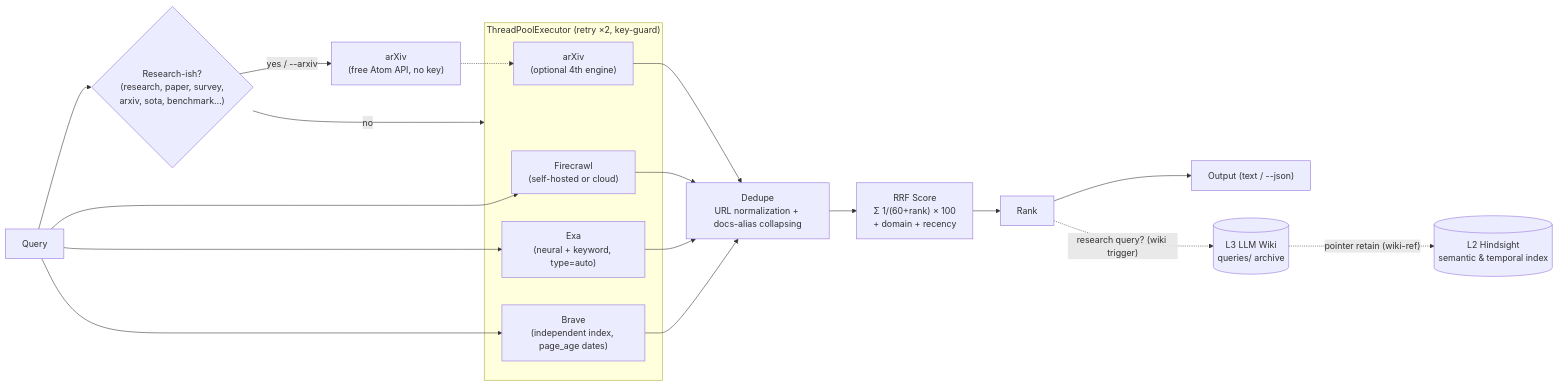
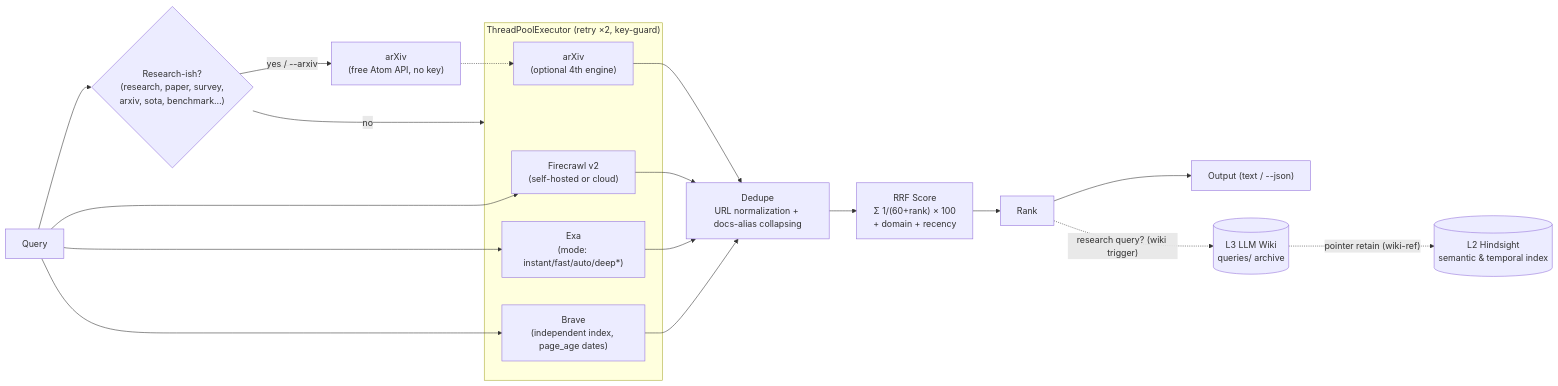
One commit to Green-Needle-Tech/llm-smart-search changed the diagram in README.md. Above: the diagram before and after it, drawn with Mermaid. The commit also changed other lines of this file and 1 other file, not shown here.

First line of the commit message:
feat(v3.0.0): align engines with latest Firecrawl/Exa/Brave API docs

````diff
--- a/README.md
+++ b/README.md
@@ -11,25 +11,25 @@
 ```mermaid
 flowchart LR
     Q[Query] --> G{"Research-ish?<br/>(research, paper, survey,<br/>arxiv, sota, benchmark…)"}
     G -- "yes / --arxiv" --> AX["arXiv<br/>(free Atom API, no key)"]
     G -- no --> P
     subgraph P ["ThreadPoolExecutor (retry ×2, key-guard)"]
-        FC["Firecrawl<br/>(self-hosted or cloud)"]
-        EX["Exa<br/>(neural + keyword, type=auto)"]
+        FC["Firecrawl v2<br/>(self-hosted or cloud)"]
+        EX["Exa<br/>(mode: instant/fast/auto/deep*)"]
         BR["Brave<br/>(independent index, page_age dates)"]
         AX2["arXiv<br/>(optional 4th engine)"]
     end
     Q --> FC
     Q --> EX
     Q --> BR
     AX -.-> AX2
     FC --> DD["Dedupe<br/>URL normalization + docs-alias collapsing"]
     EX --> DD
     BR --> DD
     AX2 --> DD
     DD --> RRF["RRF Score<br/>Σ 1/(60+rank) × 100<br/>+ domain + recency"]
     RRF --> RK[Rank]
     RK --> OUT["Output (text / --json)"]
     RK -. "research query? (wiki trigger)" .-> WK[("L3 LLM Wiki<br/>queries/ archive")]
     WK -. "pointer retain (wiki-ref)" .-> HS[("L2 Hindsight<br/>semantic & temporal index")]
 ```
````
